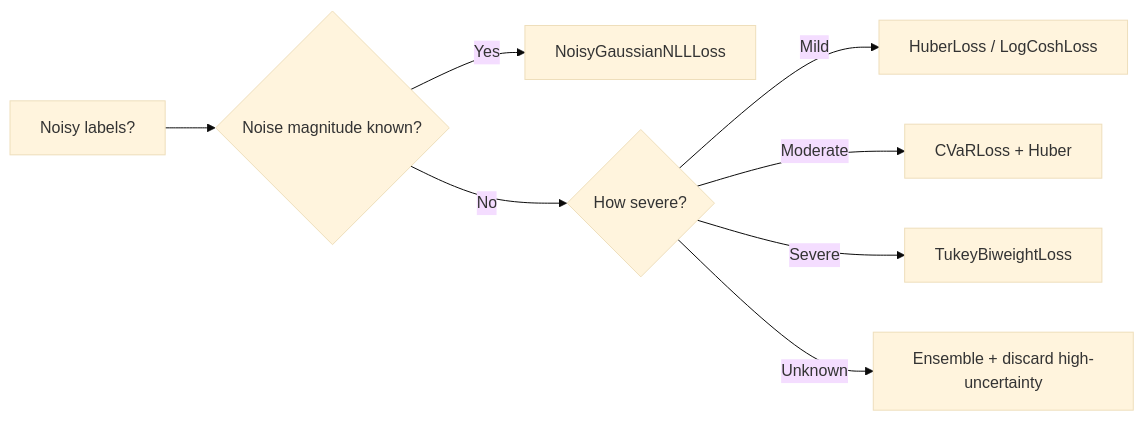
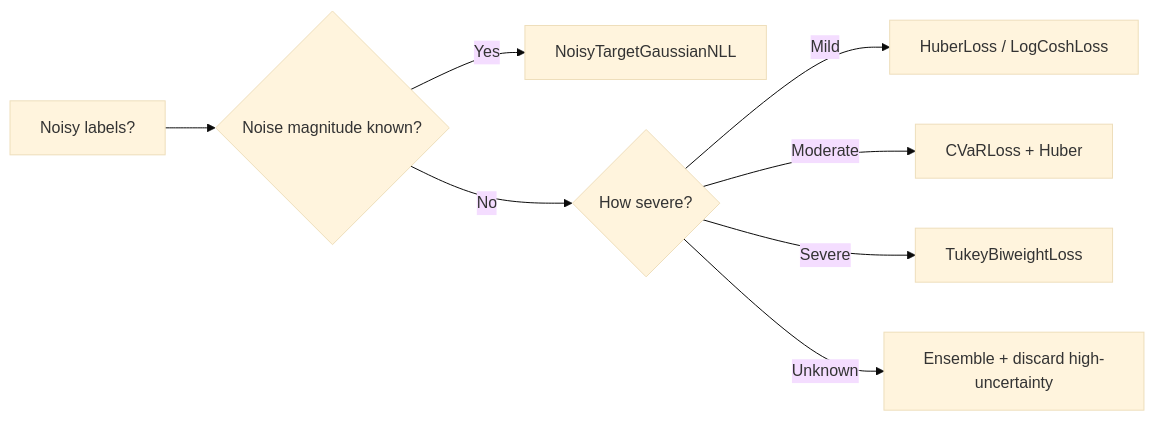
Before and after one commit to astroai/torchregress: the diagram in docs/losses/noisy_labels.md, drawn with Mermaid (base theme). The commit also changed other lines of this file and 1 other file, not shown here.

````diff
--- a/docs/losses/noisy_labels.md
+++ b/docs/losses/noisy_labels.md
@@ -89,10 +89,10 @@
 ```mermaid
 graph LR
     A["Noisy labels?"] --> B{"Noise magnitude known?"}
-    B -->|Yes| C["NoisyGaussianNLLLoss"]
+    B -->|Yes| C["NoisyTargetGaussianNLL"]
     B -->|No| D{"How severe?"}
     D -->|Mild| E["HuberLoss / LogCoshLoss"]
     D -->|Moderate| F["CVaRLoss + Huber"]
     D -->|Severe| G["TukeyBiweightLoss"]
     D -->|Unknown| H["Ensemble + discard high-uncertainty"]
 ```
````
